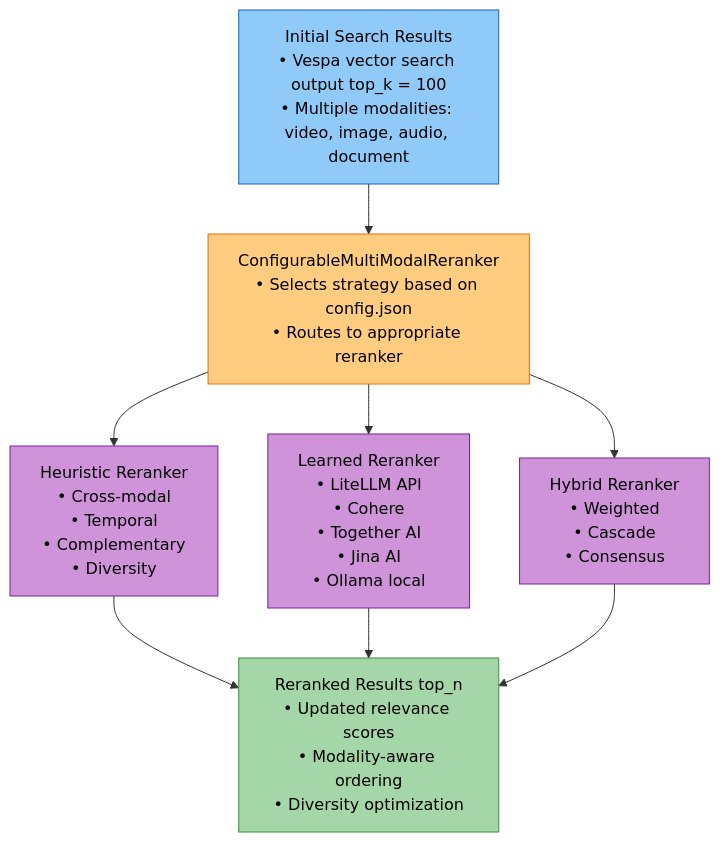
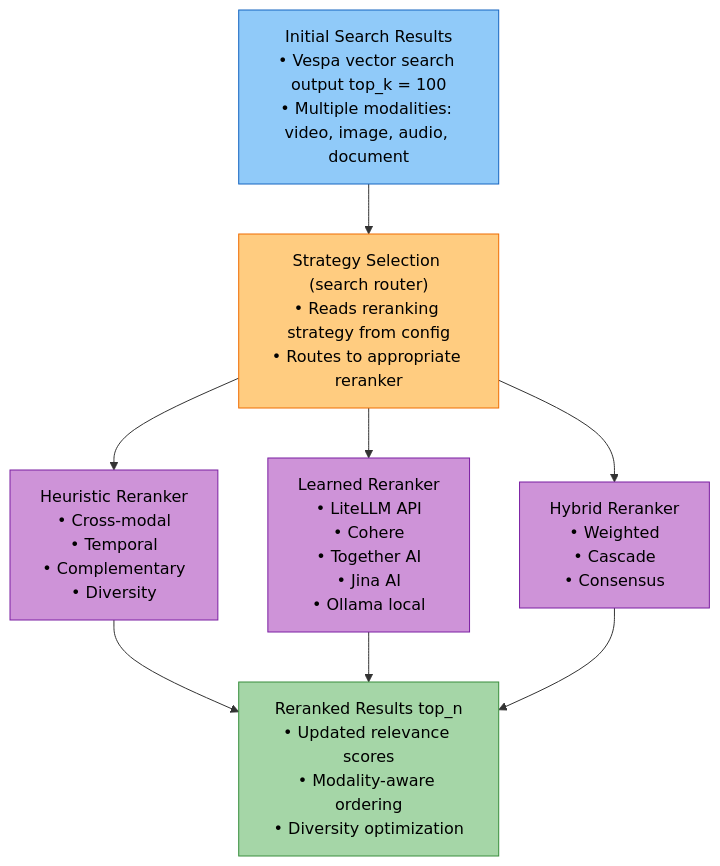
One commit to amit-jain/cogniverse changed the second of 3 diagrams in docs/modules/search-reranking.md. Above: the diagram before and after it, drawn with Mermaid. The commit also changed other lines of this file and 11 other files, not shown here.

````diff
--- a/docs/modules/search-reranking.md
+++ b/docs/modules/search-reranking.md
@@ -69,21 +69,21 @@
 ```mermaid
 flowchart TB
     InitialResults["<span style='color:#000'>Initial Search Results<br/>• Vespa vector search output top_k = 100<br/>• Multiple modalities: video, image, audio, document</span>"]
 
-    InitialResults --> Configurable["<span style='color:#000'>ConfigurableMultiModalReranker<br/>• Selects strategy based on config.json<br/>• Routes to appropriate reranker</span>"]
+    InitialResults --> Strategy["<span style='color:#000'>Strategy Selection (search router)<br/>• Reads reranking strategy from config<br/>• Routes to appropriate reranker</span>"]
 
-    Configurable --> Heuristic["<span style='color:#000'>Heuristic Reranker<br/>• Cross-modal<br/>• Temporal<br/>• Complementary<br/>• Diversity</span>"]
-    Configurable --> Learned["<span style='color:#000'>Learned Reranker<br/>• LiteLLM API<br/>• Cohere<br/>• Together AI<br/>• Jina AI<br/>• Ollama local</span>"]
-    Configurable --> Hybrid["<span style='color:#000'>Hybrid Reranker<br/>• Weighted<br/>• Cascade<br/>• Consensus</span>"]
+    Strategy --> Heuristic["<span style='color:#000'>Heuristic Reranker<br/>• Cross-modal<br/>• Temporal<br/>• Complementary<br/>• Diversity</span>"]
+    Strategy --> Learned["<span style='color:#000'>Learned Reranker<br/>• LiteLLM API<br/>• Cohere<br/>• Together AI<br/>• Jina AI<br/>• Ollama local</span>"]
+    Strategy --> Hybrid["<span style='color:#000'>Hybrid Reranker<br/>• Weighted<br/>• Cascade<br/>• Consensus</span>"]
 
     Heuristic --> Reranked["<span style='color:#000'>Reranked Results top_n<br/>• Updated relevance scores<br/>• Modality-aware ordering<br/>• Diversity optimization</span>"]
     Learned --> Reranked
     Hybrid --> Reranked
 
     style InitialResults fill:#90caf9,stroke:#1565c0,color:#000
-    style Configurable fill:#ffcc80,stroke:#ef6c00,color:#000
+    style Strategy fill:#ffcc80,stroke:#ef6c00,color:#000
     style Heuristic fill:#ce93d8,stroke:#7b1fa2,color:#000
     style Learned fill:#ce93d8,stroke:#7b1fa2,color:#000
     style Hybrid fill:#ce93d8,stroke:#7b1fa2,color:#000
     style Reranked fill:#a5d6a7,stroke:#388e3c,color:#000
 ```
````
